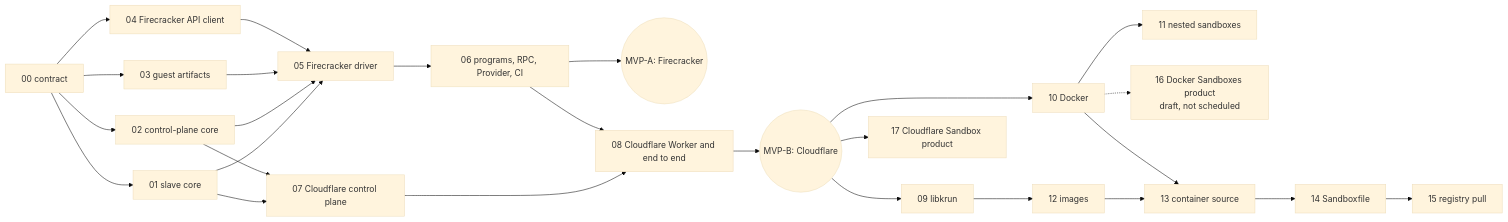
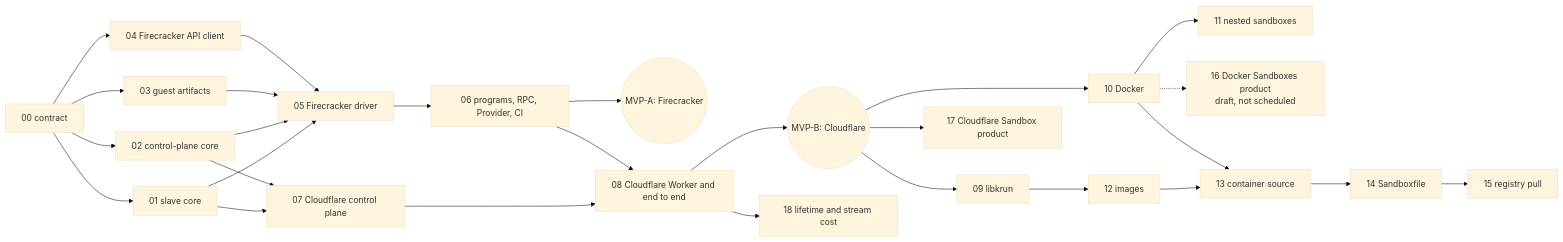
One commit to ewe-studios/ewe_platform changed the second of 2 diagrams in specifications/77-foundation-platform-sandbox/requirements.md. Above: the diagram before and after it, drawn with Mermaid (base theme). The commit also changed other lines of this file and 5 other files, not shown here.

````diff
--- a/specifications/77-foundation-platform-sandbox/requirements.md
+++ b/specifications/77-foundation-platform-sandbox/requirements.md
@@ -589,25 +589,26 @@
 ```mermaid
 graph LR
   F00[00 contract] --> F01[01 slave core]
   F00 --> F02[02 control-plane core]
   F00 --> F03[03 guest artifacts]
   F00 --> F04[04 Firecracker API client]
   F01 --> F05[05 Firecracker driver]
   F02 --> F05
   F03 --> F05
   F04 --> F05
   F05 --> F06[06 programs, RPC, Provider, CI]
   F06 --> MA((MVP-A: Firecracker))
   F01 --> F07[07 Cloudflare control plane]
   F02 --> F07
   F07 --> F08[08 Cloudflare Worker and end to end]
   F06 --> F08
   F08 --> MB((MVP-B: Cloudflare))
+  F08 --> F18[18 lifetime and stream cost]
   MB --> F09[09 libkrun]
   MB --> F10[10 Docker]
   F10 --> F11[11 nested sandboxes]
   F10 -.-> F16[16 Docker Sandboxes product<br/>draft, not scheduled]
   MB --> F17[17 Cloudflare Sandbox product]
   F09 --> F12[12 images] --> F13[13 container source] --> F14[14 Sandboxfile] --> F15[15 registry pull]
   F10 --> F13
 ```
````
